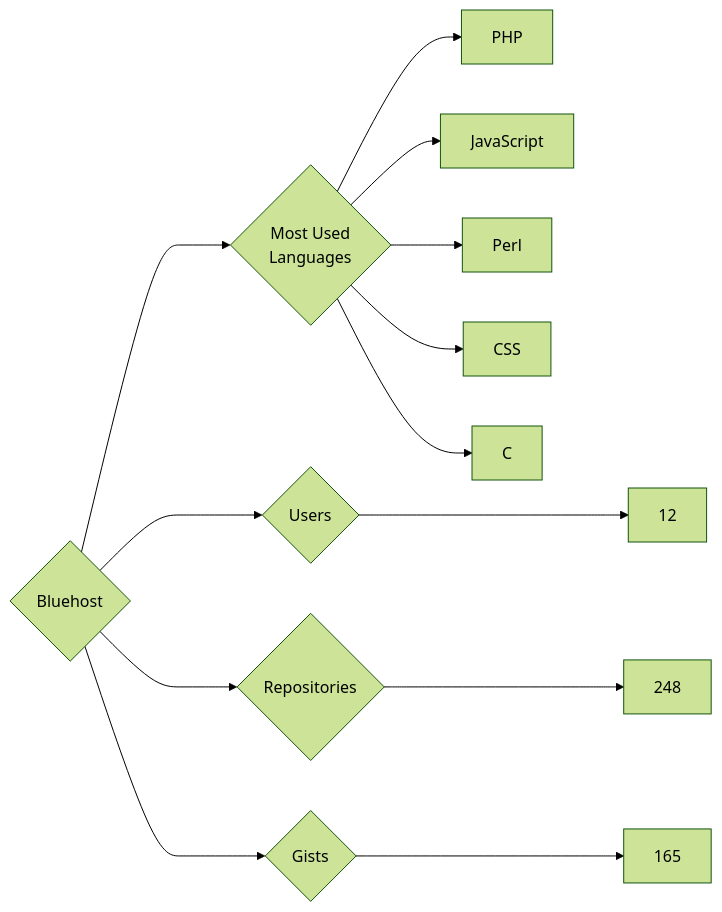
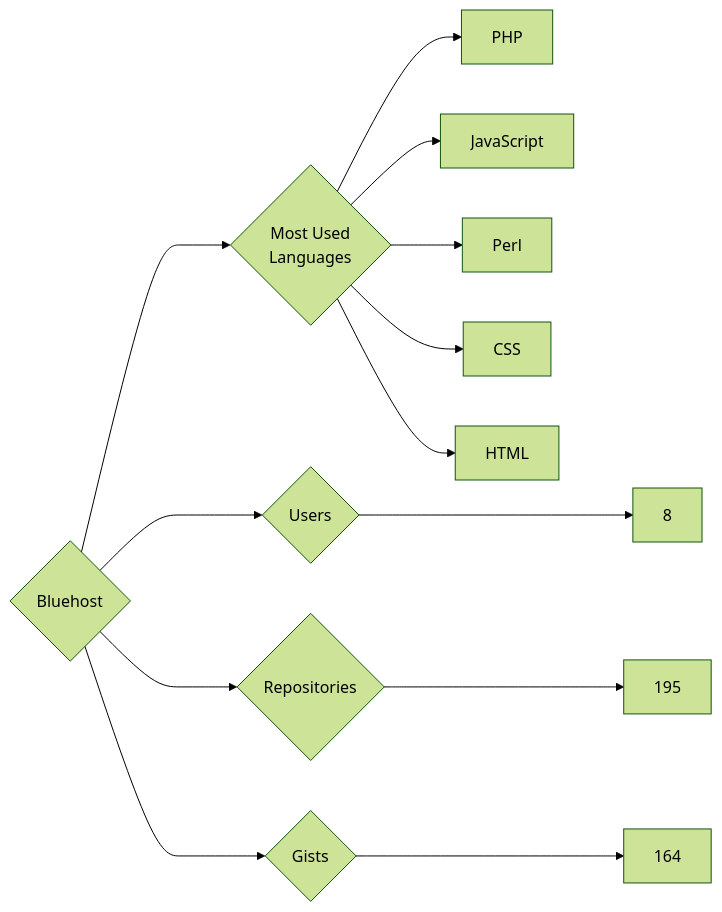
The diagram in targets/Bluehost/README.md (trickest/insiders), drawn with Mermaid (forest theme) before and after one commit. The commit also changed 934 other files, not shown here.

````diff
--- a/targets/Bluehost/README.md
+++ b/targets/Bluehost/README.md
@@ -3,13 +3,13 @@
 ```mermaid
 graph LR
 COMPANY_NAME{Bluehost}
-COMPANY_NAME ---> U{Users} ---> UN[12]
-COMPANY_NAME ---> R{Repositories} ---> RN[248]
-COMPANY_NAME ---> G{Gists} ---> GN[165]
+COMPANY_NAME ---> U{Users} ---> UN[8]
+COMPANY_NAME ---> R{Repositories} ---> RN[195]
+COMPANY_NAME ---> G{Gists} ---> GN[164]
 COMPANY_NAME ---> ML{Most Used<br>Languages}
 ML --> PHP[PHP]
 ML --> JavaScript[JavaScript]
 ML --> Perl[Perl]
 ML --> CSS[CSS]
-ML --> C[C]
+ML --> HTML[HTML]
 ```
````
